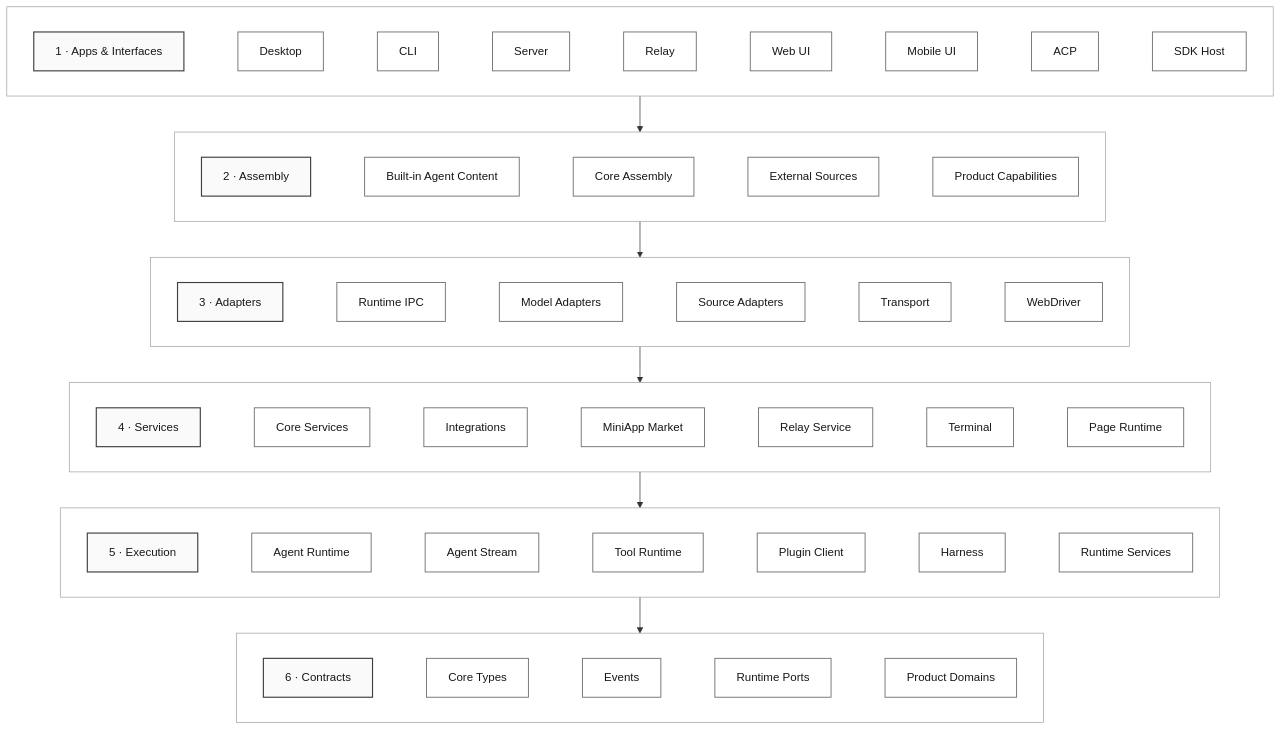
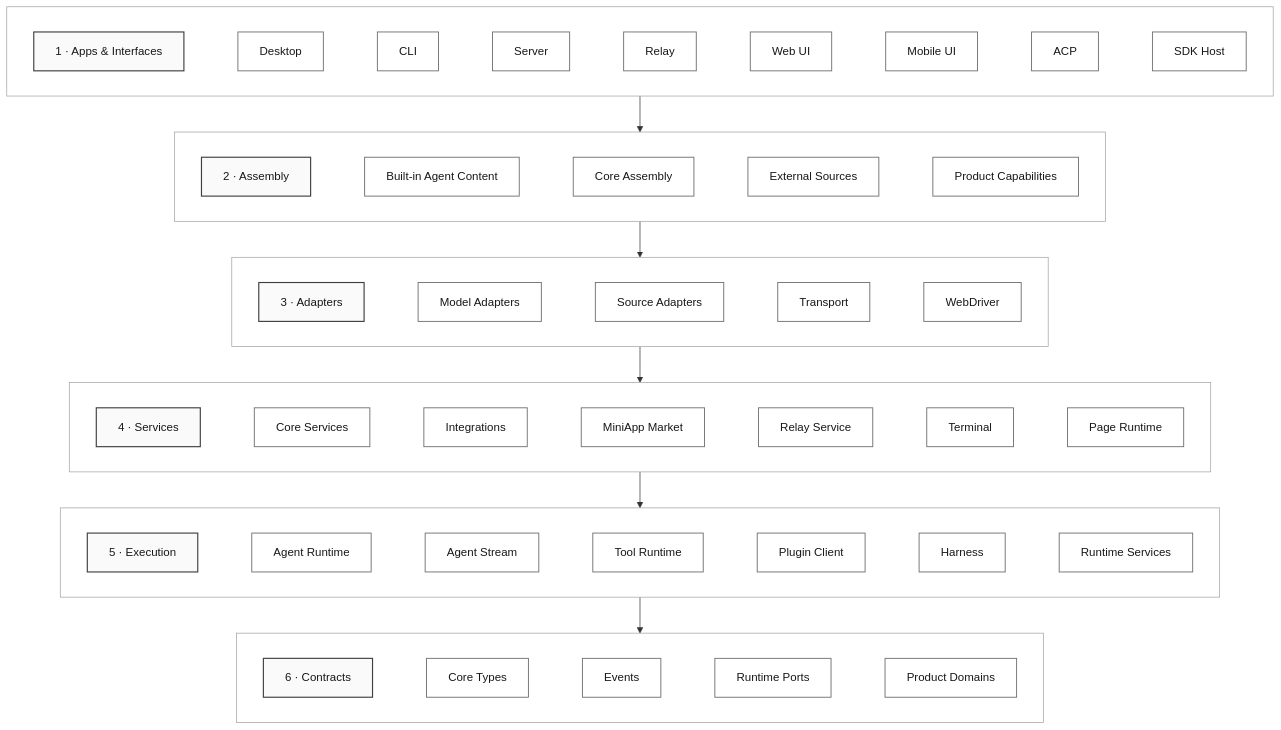
One commit to GCWing/BitFun changed the second of 15 diagrams in docs/architecture/product-architecture.md. Above: the diagram before and after it, drawn with Mermaid. The commit also changed other lines of this file and 87 other files, not shown here.

Commit message:
feat(app-server): add sharedv2 command

````diff
--- a/docs/architecture/product-architecture.md
+++ b/docs/architecture/product-architecture.md
@@ -201,45 +201,45 @@
 ```mermaid
 flowchart TB
   subgraph AppsLayer[" "]
     direction LR
     AppsTitle["1 · Apps & Interfaces"] ~~~ Desktop["Desktop"] ~~~ CLI["CLI"] ~~~ Server["Server"] ~~~ Relay["Relay"] ~~~ WebUI["Web UI"] ~~~ MobileUI["Mobile UI"] ~~~ ACP["ACP"] ~~~ SDKHost["SDK Host"]
   end
 
   subgraph AssemblyLayer[" "]
     direction LR
     AssemblyTitle["2 · Assembly"] ~~~ AgentContent["Built-in Agent Content"] ~~~ CoreAssembly["Core Assembly"] ~~~ ExternalSources["External Sources"] ~~~ ProductCaps["Product Capabilities"]
   end
 
   subgraph AdaptersLayer[" "]
     direction LR
-    AdaptersTitle["3 · Adapters"] ~~~ RuntimeIPC["Runtime IPC"] ~~~ ModelAdapters["Model Adapters"] ~~~ SourceAdapters["Source Adapters"] ~~~ Transport["Transport"] ~~~ WebDriver["WebDriver"]
+    AdaptersTitle["3 · Adapters"] ~~~ ModelAdapters["Model Adapters"] ~~~ SourceAdapters["Source Adapters"] ~~~ Transport["Transport"] ~~~ WebDriver["WebDriver"]
   end
 
   subgraph ServicesLayer[" "]
     direction LR
     ServicesTitle["4 · Services"] ~~~ CoreServices["Core Services"] ~~~ Integrations["Integrations"] ~~~ MiniAppMarket["MiniApp Market"] ~~~ RelayService["Relay Service"] ~~~ Terminal["Terminal"] ~~~ PageRuntime["Page Runtime"]
   end
 
   subgraph ExecutionLayer[" "]
     direction LR
     ExecutionTitle["5 · Execution"] ~~~ AgentRuntime["Agent Runtime"] ~~~ AgentStream["Agent Stream"] ~~~ ToolRuntime["Tool Runtime"] ~~~ PluginClient["Plugin Client"] ~~~ Harness["Harness"] ~~~ RuntimeServices["Runtime Services"]
   end
 
   subgraph ContractsLayer[" "]
     direction LR
     ContractsTitle["6 · Contracts"] ~~~ CoreTypes["Core Types"] ~~~ Events["Events"] ~~~ RuntimePorts["Runtime Ports"] ~~~ ProductDomains["Product Domains"]
   end
 
   AppsTitle --> AssemblyTitle --> AdaptersTitle --> ServicesTitle --> ExecutionTitle --> ContractsTitle
 
   classDef header fill:#fafafa,stroke:#404040,stroke-width:1.6px,color:#171717;
   classDef module fill:#ffffff,stroke:#737373,stroke-width:1.3px,color:#171717;
   class AppsTitle,AssemblyTitle,AdaptersTitle,ServicesTitle,ExecutionTitle,ContractsTitle header;
-  class Desktop,CLI,Server,Relay,WebUI,MobileUI,ACP,SDKHost,AgentContent,CoreAssembly,ExternalSources,ProductCaps,RuntimeIPC,ModelAdapters,SourceAdapters,Transport,WebDriver,CoreServices,Integrations,MiniAppMarket,RelayService,Terminal,PageRuntime,AgentRuntime,AgentStream,ToolRuntime,PluginClient,Harness,RuntimeServices,CoreTypes,Events,RuntimePorts,ProductDomains module;
+  class Desktop,CLI,Server,Relay,WebUI,MobileUI,ACP,SDKHost,AgentContent,CoreAssembly,ExternalSources,ProductCaps,ModelAdapters,SourceAdapters,Transport,WebDriver,CoreServices,Integrations,MiniAppMarket,RelayService,Terminal,PageRuntime,AgentRuntime,AgentStream,ToolRuntime,PluginClient,Harness,RuntimeServices,CoreTypes,Events,RuntimePorts,ProductDomains module;
   style AppsLayer fill:#ffffff,stroke:#a3a3a3;
   style AssemblyLayer fill:#ffffff,stroke:#a3a3a3;
   style AdaptersLayer fill:#ffffff,stroke:#a3a3a3;
   style ServicesLayer fill:#ffffff,stroke:#a3a3a3;
   style ExecutionLayer fill:#ffffff,stroke:#a3a3a3;
   style ContractsLayer fill:#ffffff,stroke:#a3a3a3;
 ```
````
